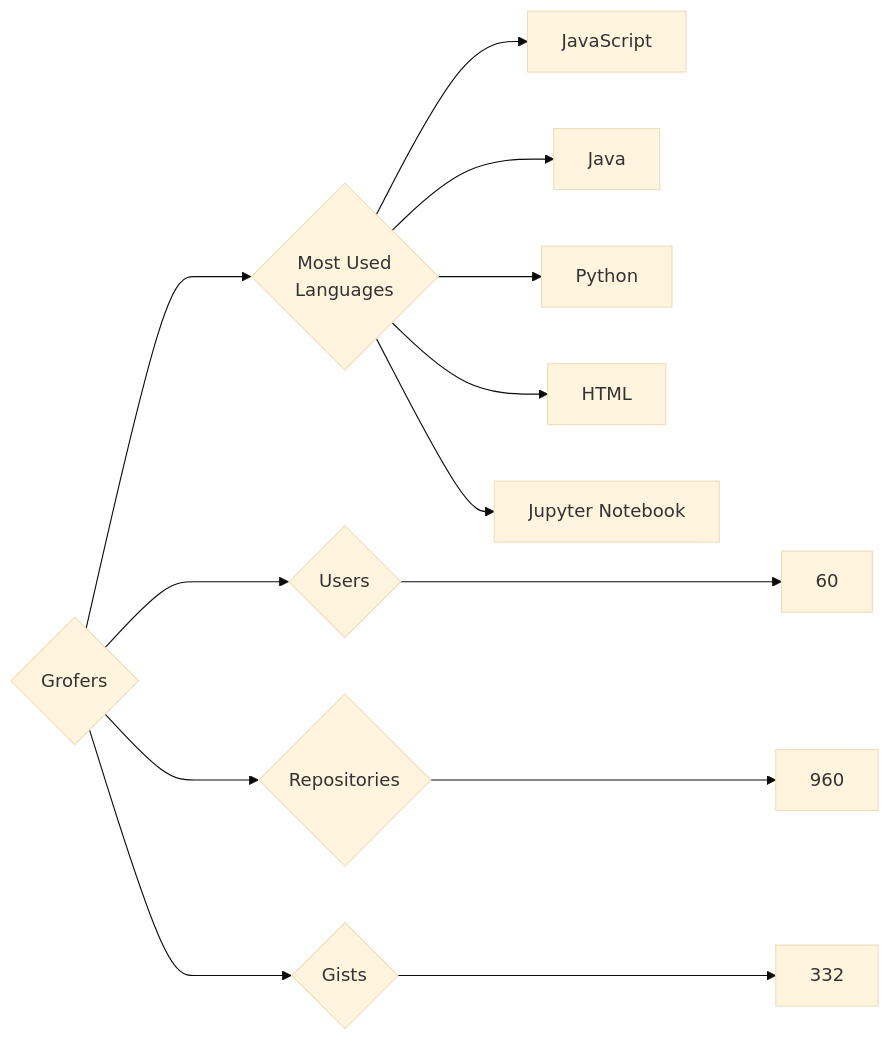
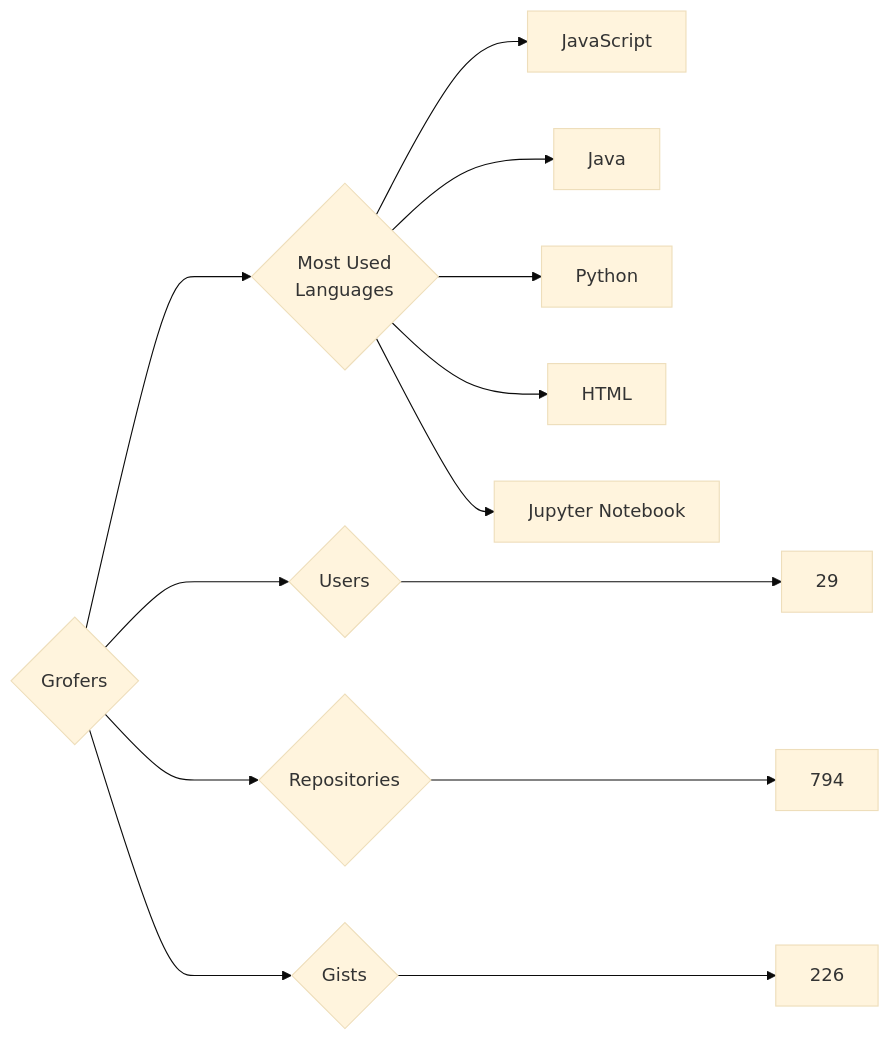
One commit to trickest/insiders changed the diagram in targets/Grofers/README.md. Above: the diagram before and after it, drawn with Mermaid (base theme). The commit also changed 953 other files, not shown here.

````diff
--- a/targets/Grofers/README.md
+++ b/targets/Grofers/README.md
@@ -3,13 +3,13 @@
 ```mermaid
 graph LR
 COMPANY_NAME{Grofers}
-COMPANY_NAME ---> U{Users} ---> UN[60]
-COMPANY_NAME ---> R{Repositories} ---> RN[960]
-COMPANY_NAME ---> G{Gists} ---> GN[332]
+COMPANY_NAME ---> U{Users} ---> UN[29]
+COMPANY_NAME ---> R{Repositories} ---> RN[794]
+COMPANY_NAME ---> G{Gists} ---> GN[226]
 COMPANY_NAME ---> ML{Most Used<br>Languages}
 ML --> JavaScript[JavaScript]
 ML --> Java[Java]
 ML --> Python[Python]
 ML --> HTML[HTML]
 ML --> Jupyter_Notebook[Jupyter Notebook]
 ```
````
